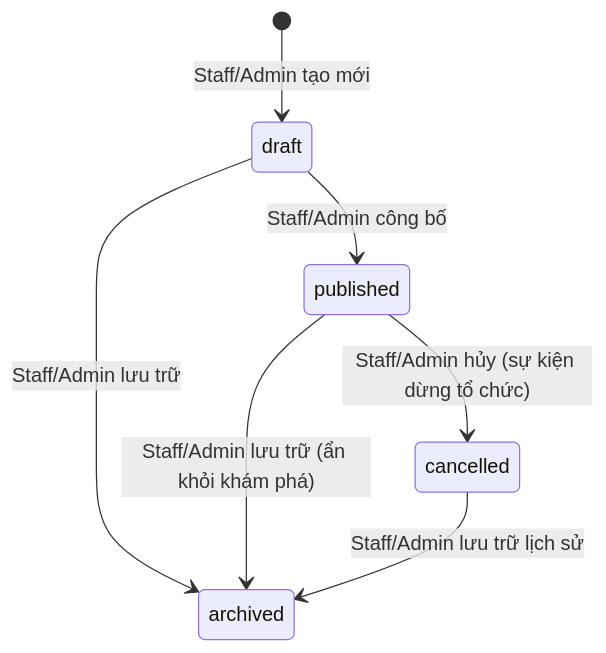
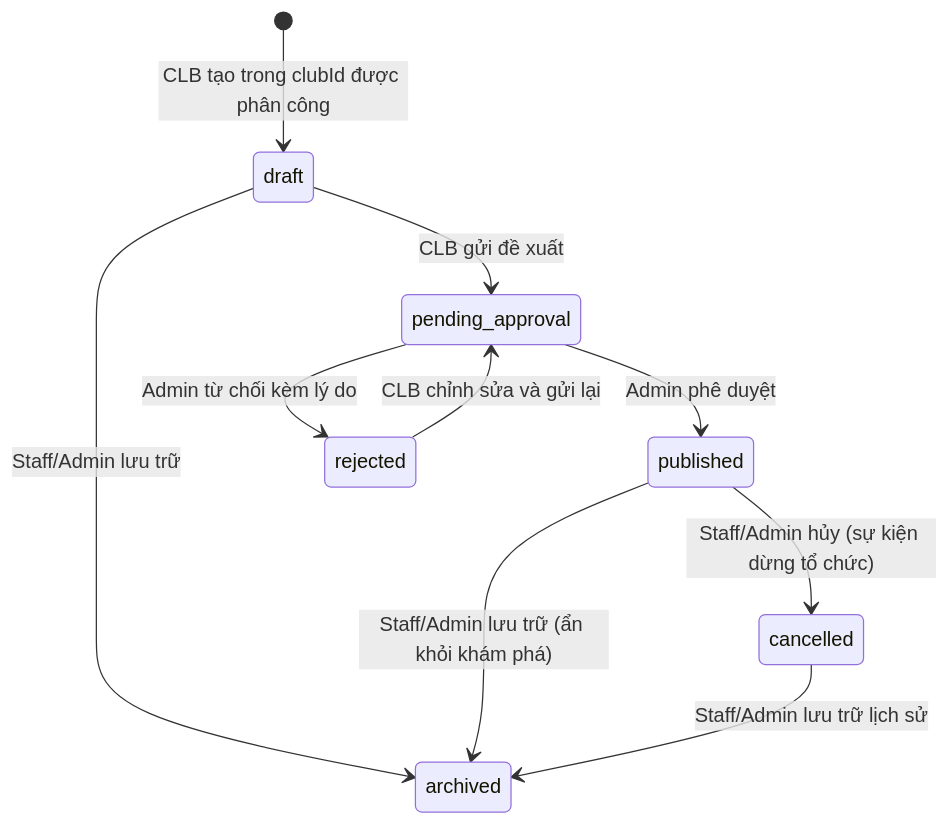
One commit to Artoriaaas/PRM393_ASM_Group4 changed the first of 2 diagrams in docs/data-model.md. Above: the diagram before and after it, drawn with Mermaid. The commit also changed other lines of this file and 36 other files, not shown here.

````diff
--- a/docs/data-model.md
+++ b/docs/data-model.md
@@ -46,9 +54,12 @@
 ```mermaid
 stateDiagram-v2
-    [*] --> draft : Staff/Admin tạo mới
-    draft --> published : Staff/Admin công bố
+    [*] --> draft : CLB tạo trong clubId được phân công
+    draft --> pending_approval : CLB gửi đề xuất
+    pending_approval --> published : Admin phê duyệt
+    pending_approval --> rejected : Admin từ chối kèm lý do
+    rejected --> pending_approval : CLB chỉnh sửa và gửi lại
     draft --> archived : Staff/Admin lưu trữ
     published --> cancelled : Staff/Admin hủy (sự kiện dừng tổ chức)
     published --> archived : Staff/Admin lưu trữ (ẩn khỏi khám phá)
     cancelled --> archived : Staff/Admin lưu trữ lịch sử
 ```
````
